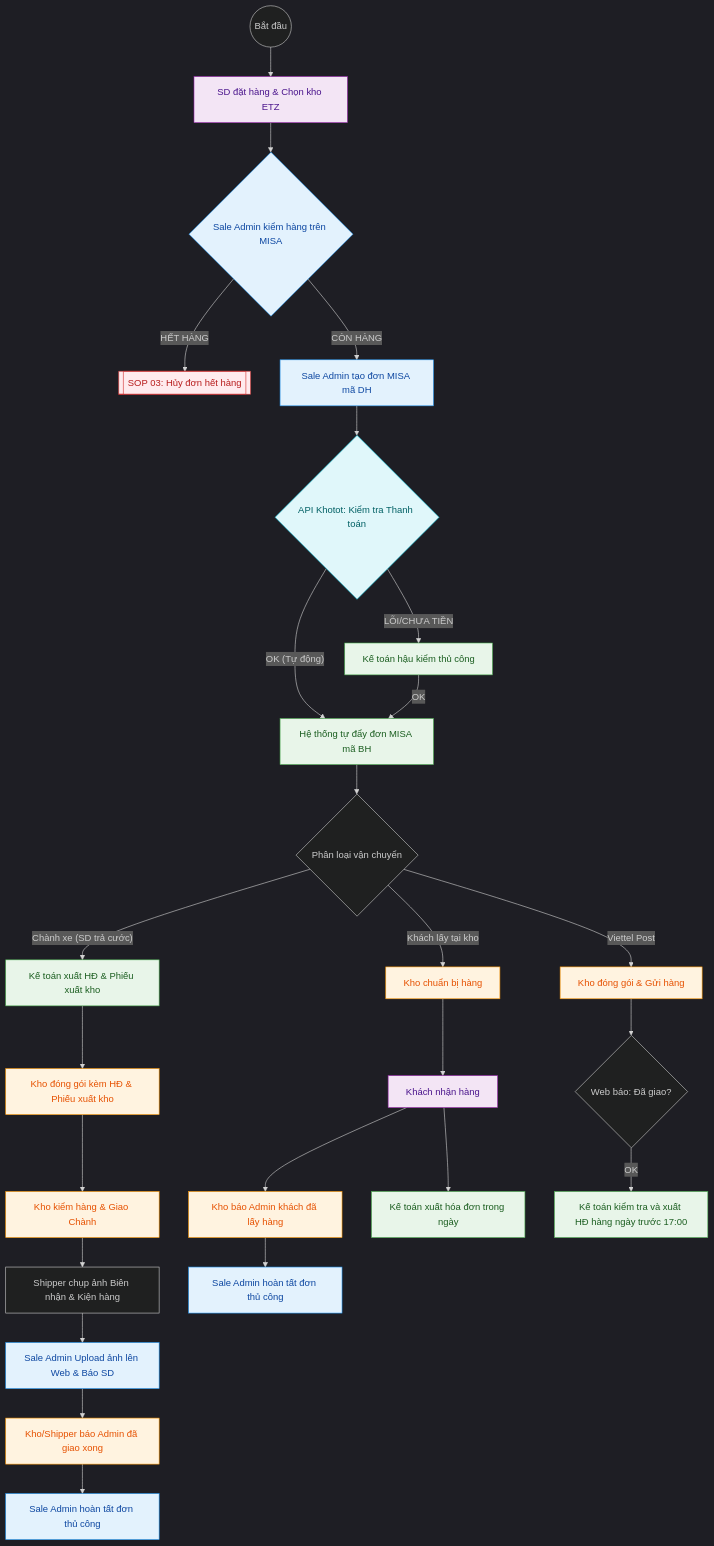
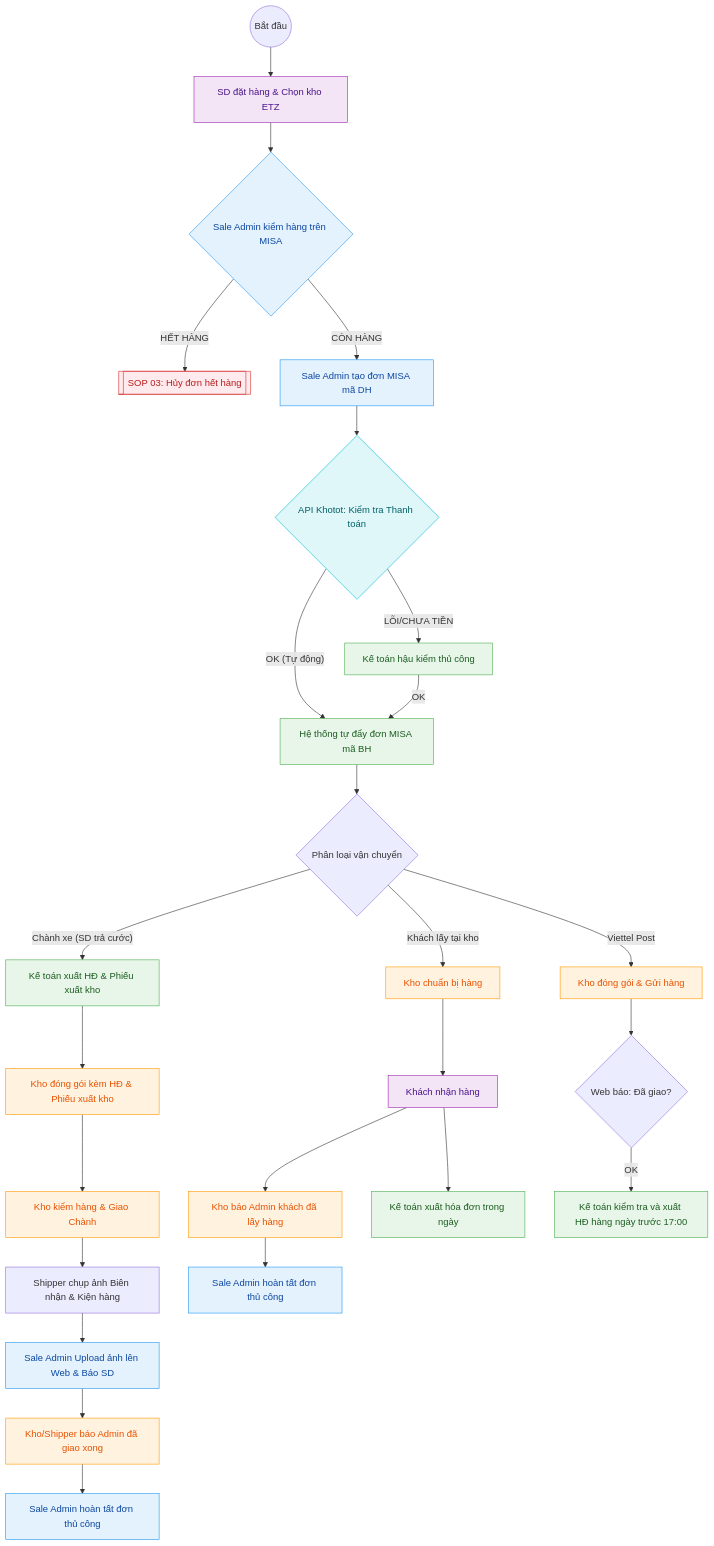
One commit to babaduoc/digitalgarden changed the diagram in src/site/notes/01_TONG_QUAN_LY_DU_AN/2_PHONG_VAN_HANH/SOP_2.0_Xu_Ly_Don_Hang_Chuan 2.md. Above: the diagram before and after it, drawn with Mermaid. The commit also changed 2 other files, not shown here.

Commit message:
Published multiple files

````diff
--- a/src/site/notes/01_TONG_QUAN_LY_DU_AN/2_PHONG_VAN_HANH/SOP_2.0_Xu_Ly_Don_Hang_Chuan 2.md
+++ b/src/site/notes/01_TONG_QUAN_LY_DU_AN/2_PHONG_VAN_HANH/SOP_2.0_Xu_Ly_Don_Hang_Chuan 2.md
@@ -22,56 +22,56 @@
 ```mermaid
-%%{init: {'theme': 'dark', 'themeVariables': { 'background': 'transparent'}}}%%
+
 graph TD
     %% Định nghĩa màu tương phản cao %%
     classDef sd fill:#F3E5F5,stroke:#9C27B0,color:#4A148C;
     classDef sale_admin fill:#E3F2FD,stroke:#2196F3,color:#0D47A1;
     classDef acc fill:#E8F5E9,stroke:#4CAF50,color:#1B5E20;
     classDef wh fill:#FFF3E0,stroke:#FF9800,color:#E65100;
     classDef error fill:#FFEBEE,stroke:#D32F2F,color:#B71C1C;
     classDef system fill:#E0F7FA,stroke:#00BCD4,color:#006064;
 
     Start((Bắt đầu)) --> SD_Order[SD đặt hàng & Chọn kho ETZ]
     
     %% Vai trò Sale Admin %%
     SD_Order --> SaleAdmin_Check{Sale Admin kiểm hàng trên MISA}
     
     SaleAdmin_Check -- "HẾT HÀNG" --> OutOfStock[["SOP 03: Hủy đơn hết hàng"]]
     click OutOfStock "/01-tong-quan-ly-du-an/2-phong-van-hanh/sop-3-huy-don-het-hang/"
     SaleAdmin_Check -- "CÒN HÀNG" --> SaleAdmin_DH[Sale Admin tạo đơn MISA mã DH]
     SaleAdmin_DH --> API_Check{API Khotot: Kiểm tra Thanh toán}
 
     %% Tự động hóa (Hệ thống) %%
     API_Check -- "OK (Tự động)" --> Acc_BH[Hệ thống tự đẩy đơn MISA mã BH]
     API_Check -- "LỖI/CHƯA TIỀN" --> Acc_Manual[Kế toán hậu kiểm thủ công]
     Acc_Manual -- OK --> Acc_BH
     
     Acc_BH --> Ship_Type{Phân loại vận chuyển}
 
     %% Nhánh Chành xe %%
     Ship_Type -- "Chành xe (SD trả cước)" --> Acc_Inv_1[Kế toán xuất HĐ & Phiếu xuất kho]
     Acc_Inv_1 --> WH_Pack_1[Kho đóng gói kèm HĐ & Phiếu xuất kho]
     WH_Pack_1 --> WH_Check[Kho kiểm hàng & Giao Chành]
     WH_Check --> WH_Photo[Shipper chụp ảnh Biên nhận & Kiện hàng]
     WH_Photo --> Admin_Upload[Sale Admin Upload ảnh lên Web & Báo SD]
     Admin_Upload --> WH_Confirm[Kho/Shipper báo Admin đã giao xong]
     WH_Confirm --> Admin_Finish_1[Sale Admin hoàn tất đơn thủ công]
 
     %% Nhánh Tại kho %%
     Ship_Type -- Khách lấy tại kho --> WH_Pack_2[Kho chuẩn bị hàng]
     WH_Pack_2 --> SD_Pick[Khách nhận hàng]
     SD_Pick --> WH_Confirm_2[Kho báo Admin khách đã lấy hàng]
     WH_Confirm_2 --> Admin_Finish_2[Sale Admin hoàn tất đơn thủ công]
     SD_Pick --> Acc_Inv_2[Kế toán xuất hóa đơn trong ngày]
 
     %% Nhánh Viettel Post %%
     Ship_Type -- Viettel Post --> WH_Pack_3[Kho đóng gói & Gửi hàng]
     WH_Pack_3 --> API_Delivered{Web báo: Đã giao?}
     API_Delivered -- OK --> Acc_Inv_3[Kế toán kiểm tra và xuất HĐ hàng ngày trước 17:00]
 
     class SD_Order,SD_Pick sd;
     class SaleAdmin_Check,SaleAdmin_DH,Admin_Upload,Admin_Finish_1,Admin_Finish_2 sale_admin;
     class Acc_BH,Acc_Manual,Acc_Inv_1,Acc_Inv_2,Acc_Inv_3 acc;
     class WH_Pack_1,WH_Pack_2,WH_Pack_3,WH_Check,WH_Confirm,WH_Confirm_2 wh;
     class OutOfStock error;
     class API_Check system;
 ```
````
